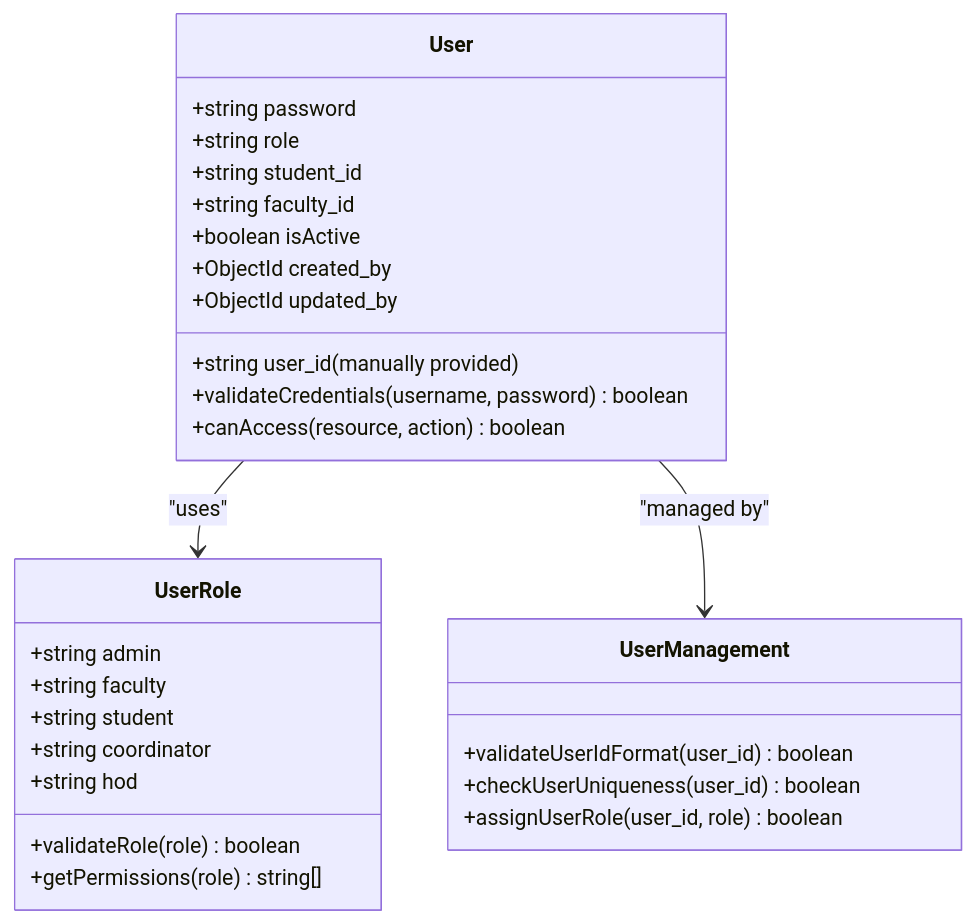
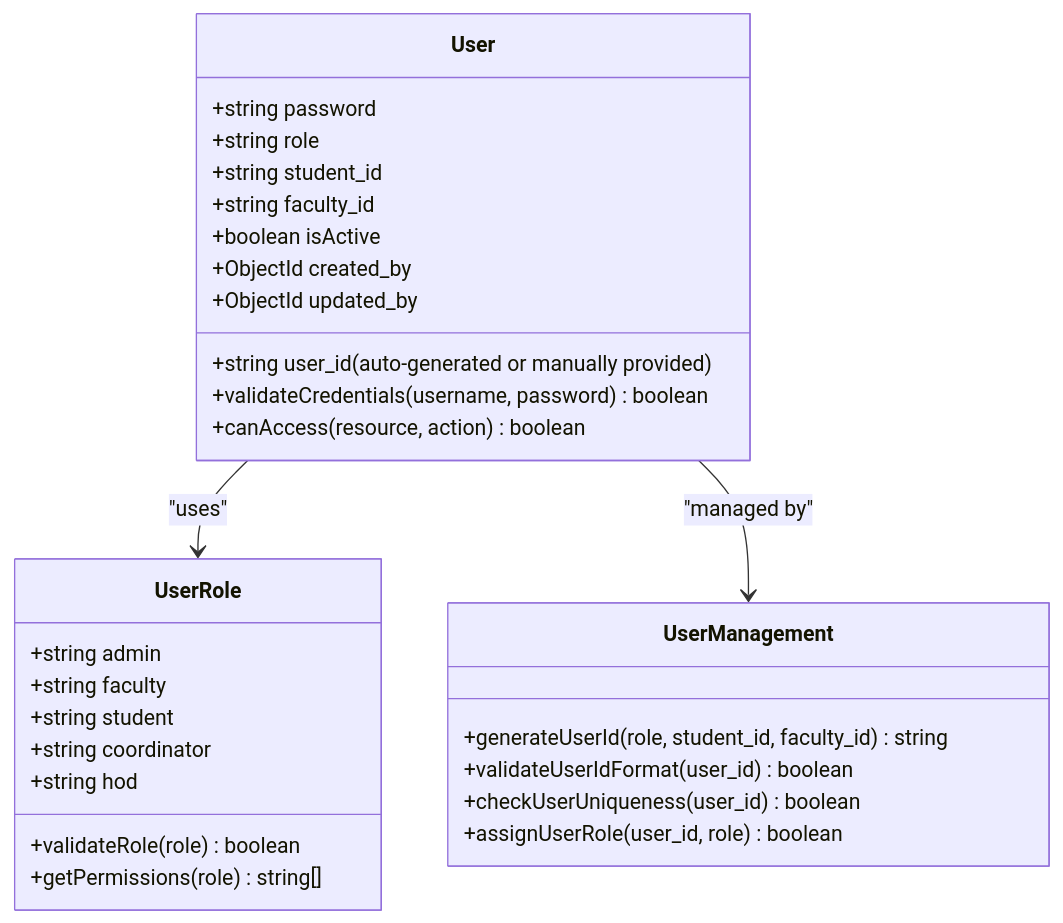
Before and after one commit to Aryan9060/Timetable-Project: the fifth of 9 diagrams in .qoder/repowiki/en/content/Data Models & Database Schema/Core User Model.md, drawn with Mermaid. The commit also changed other lines of this file and 22 other files, not shown here.

First line of the commit message:
feat(auth): update authentication to use user_id with auto-generation hook

````diff
--- a/.qoder/repowiki/en/content/Data Models & Database Schema/Core User Model.md
+++ b/.qoder/repowiki/en/content/Data Models & Database Schema/Core User Model.md
@@ -253,31 +266,32 @@
 ```mermaid
 classDiagram
 class UserRole {
 +string admin
 +string faculty
 +string student
 +string coordinator
 +string hod
 +validateRole(role) boolean
 +getPermissions(role) string[]
 }
 class User {
-+string user_id (manually provided)
++string user_id (auto-generated or manually provided)
 +string password
 +string role
 +string student_id
 +string faculty_id
 +boolean isActive
 +ObjectId created_by
 +ObjectId updated_by
 +validateCredentials(username, password) boolean
 +canAccess(resource, action) boolean
 }
 class UserManagement {
++generateUserId(role, student_id, faculty_id) string
 +validateUserIdFormat(user_id) boolean
 +checkUserUniqueness(user_id) boolean
 +assignUserRole(user_id, role) boolean
 }
 User --> UserRole : "uses"
 User --> UserManagement : "managed by"
 ```
````
